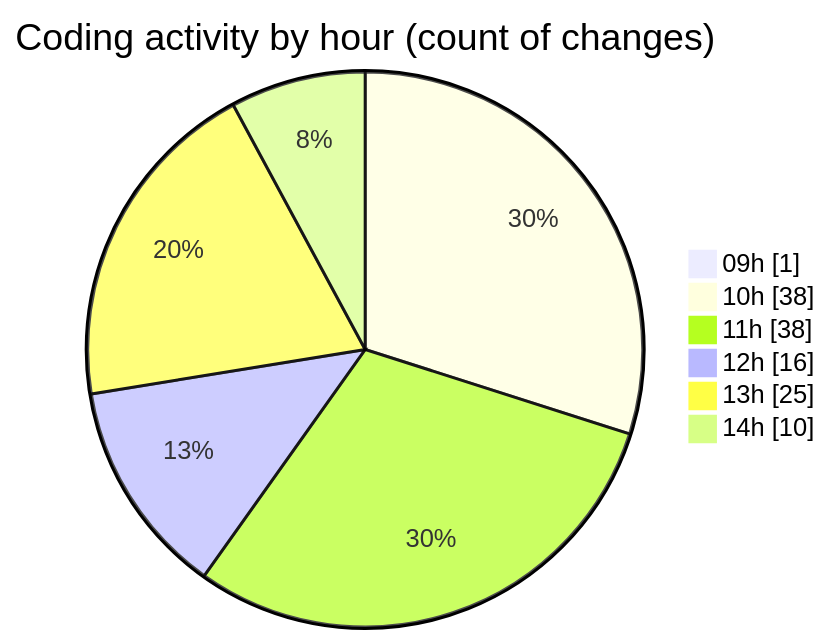
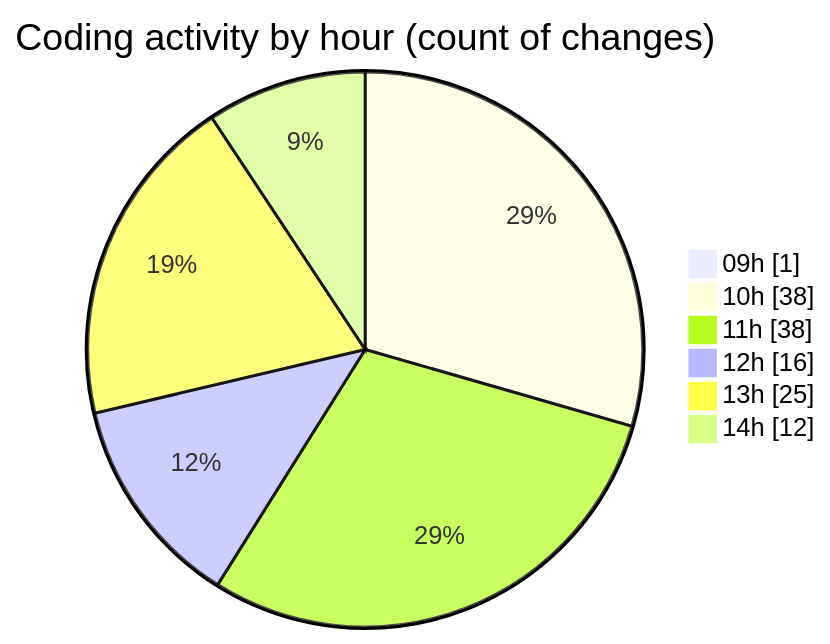
The second of 2 diagrams in 2026-01-07/cda/README.md (momahboobian/code-tracking), drawn with Mermaid before and after one commit. The commit also changed other lines of this file and 1 other file, not shown here.

````diff
--- a/2026-01-07/cda/README.md
+++ b/2026-01-07/cda/README.md
@@ -58,10 +58,10 @@
 ```mermaid
 pie showData
 title Coding activity by hour (count of changes)
 "09h" : 1
 "10h" : 38
 "11h" : 38
 "12h" : 16
 "13h" : 25
-"14h" : 10
+"14h" : 12
 ```
````
